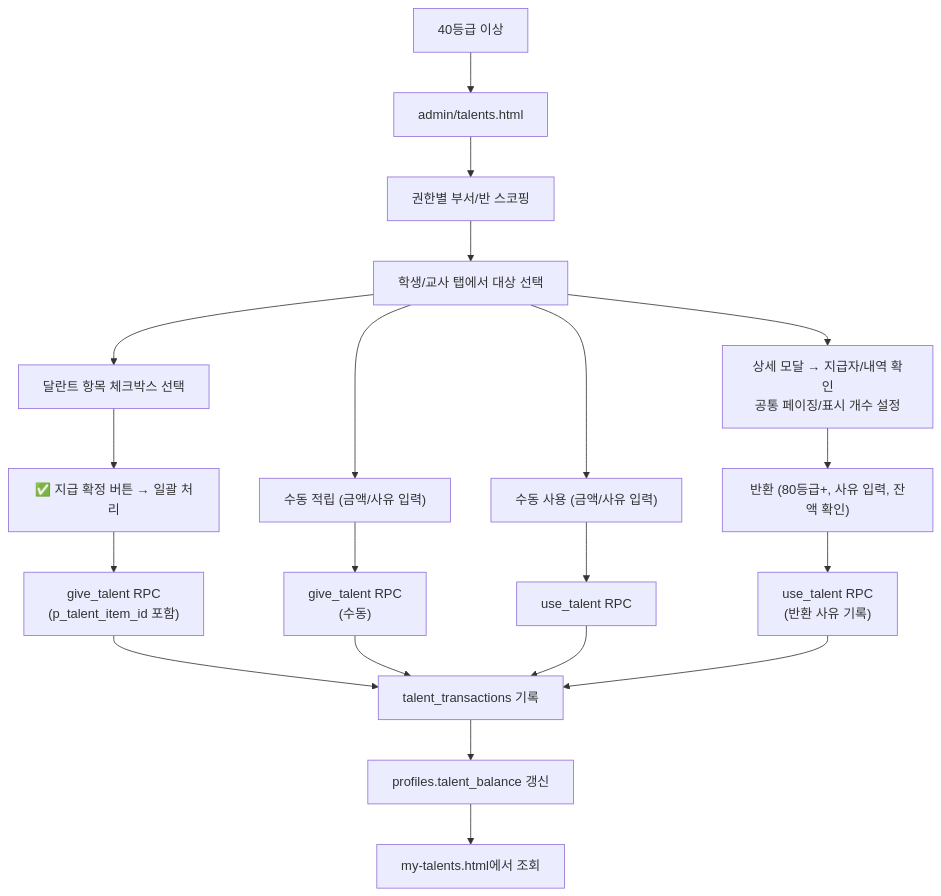
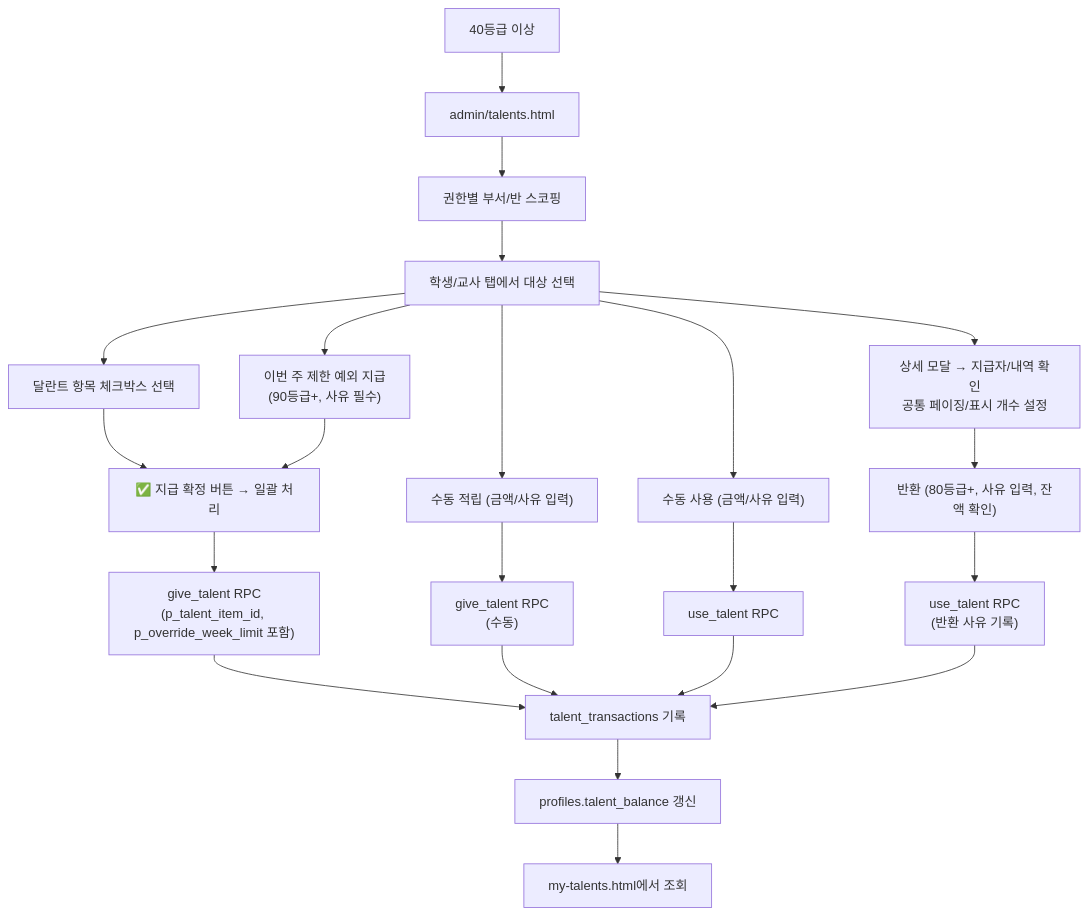
One commit to CHO-Talents-Test/CHO-Talents-Test changed the tenth of 16 diagrams in docs/PROJECT_ARCHITECTURE_FLOW.md. Above: the diagram before and after it, drawn with Mermaid. The commit also changed other lines of this file and 55 other files, not shown here.

````diff
--- a/docs/PROJECT_ARCHITECTURE_FLOW.md
+++ b/docs/PROJECT_ARCHITECTURE_FLOW.md
@@ -426,23 +428,25 @@
 ```mermaid
 flowchart TD
   Manager["40등급 이상"] --> TalentPage["admin/talents.html"]
   TalentPage --> Scope["권한별 부서/반 스코핑"]
   Scope --> Target["학생/교사 탭에서 대상 선택"]
   Target --> ItemCheck["달란트 항목 체크박스 선택"]
+  Target --> Override["이번 주 제한 예외 지급<br/>(90등급+, 사유 필수)"]
   Target --> ManualGive["수동 적립 (금액/사유 입력)"]
   Target --> ManualUse["수동 사용 (금액/사유 입력)"]
   ItemCheck --> Confirm["✅ 지급 확정 버튼 → 일괄 처리"]
-  Confirm --> GiveRPC["give_talent RPC<br/>(p_talent_item_id 포함)"]
+  Override --> Confirm
+  Confirm --> GiveRPC["give_talent RPC<br/>(p_talent_item_id, p_override_week_limit 포함)"]
   ManualGive --> GiveTalent["give_talent RPC<br/>(수동)"]
   ManualUse --> UseTalent["use_talent RPC"]
   GiveRPC --> Tx["talent_transactions 기록"]
   GiveTalent --> Tx
   UseTalent --> Tx
   Tx --> Balance["profiles.talent_balance 갱신"]
   Balance --> UserView["my-talents.html에서 조회"]
 
   Target --> Detail["상세 모달 → 지급자/내역 확인<br/>공통 페이징/표시 개수 설정"]
   Detail --> Return["반환 (80등급+, 사유 입력, 잔액 확인)"]
   Return --> ReturnRPC["use_talent RPC<br/>(반환 사유 기록)"]
   ReturnRPC --> Tx
 ```
````
